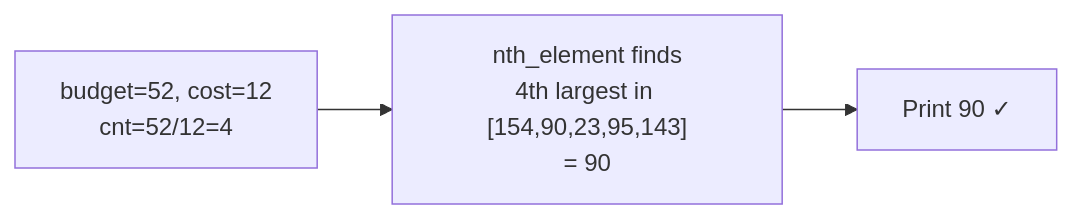
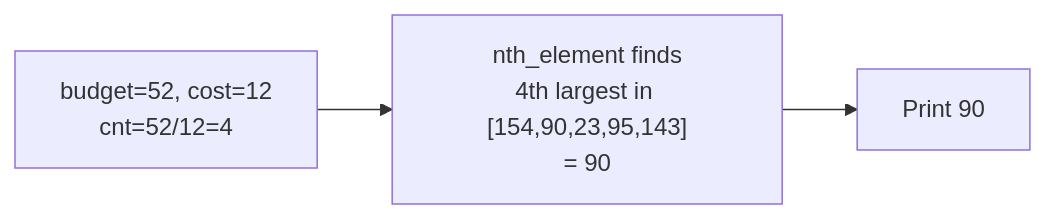
Before and after one commit to 2ru17/Project-Engram: the diagram in content/Main Notes/3rd Year/Term 1/CSALGCM/Module 2- Divide and Conquer/Problem Sets/[PS] Priestess Arcana Problems/06 - The Monkeys Paw.md, drawn with Mermaid. The commit also changed other lines of this file and 529 other files, not shown here.

Commit message:
feat: render rich Markdown/KaTeX in MCQs, add Cyber-Zen Gantt timeline, sync updated vault notes, and allow dev unsafe-eval

````diff
--- a/content/Main Notes/3rd Year/Term 1/CSALGCM/Module 2- Divide and Conquer/Problem Sets/[PS] Priestess Arcana Problems/06 - The Monkeys Paw.md
+++ b/content/Main Notes/3rd Year/Term 1/CSALGCM/Module 2- Divide and Conquer/Problem Sets/[PS] Priestess Arcana Problems/06 - The Monkeys Paw.md
@@ -125,5 +125,5 @@
 ```mermaid
 flowchart LR
     BG["budget=52, cost=12\ncnt=52/12=4"] --> NTH
-    NTH["nth_element finds\n4th largest in [154,90,23,95,143]\n= 90"] --> OUT["Print 90 ✓"]
+    NTH["nth_element finds\n4th largest in [154,90,23,95,143]\n= 90"] --> OUT["Print 90 "]
 ```
````
